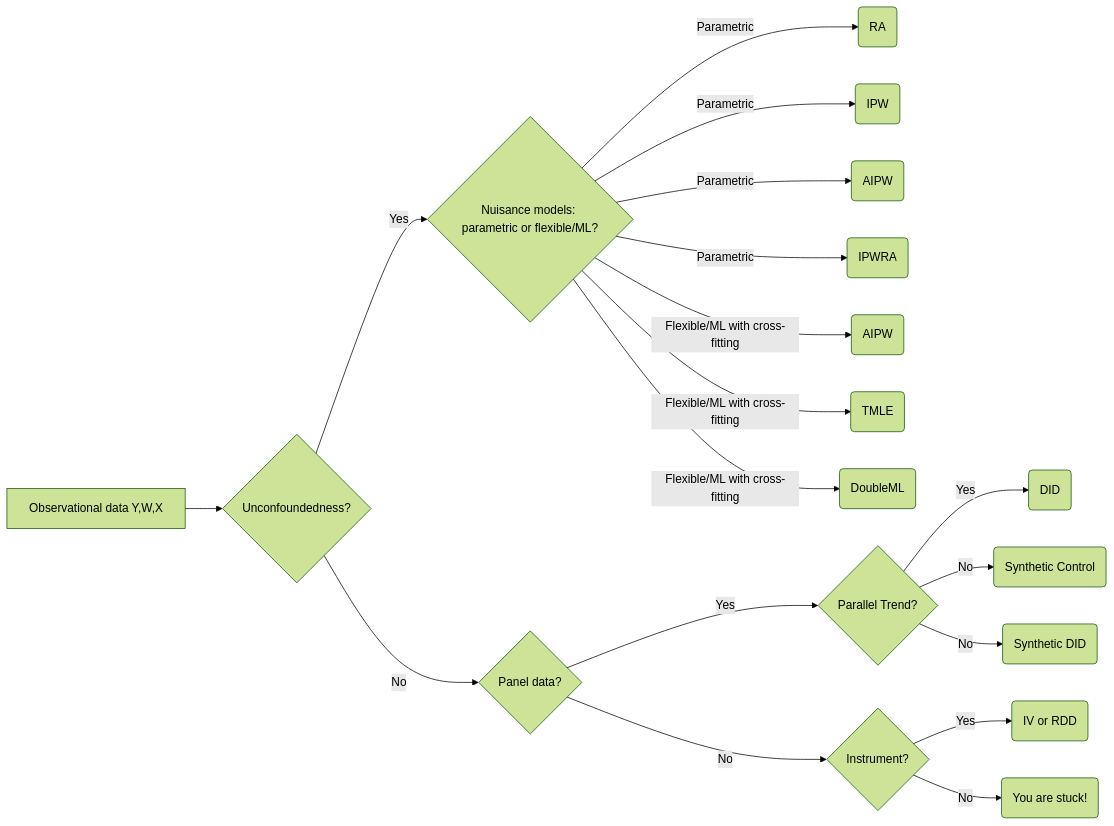
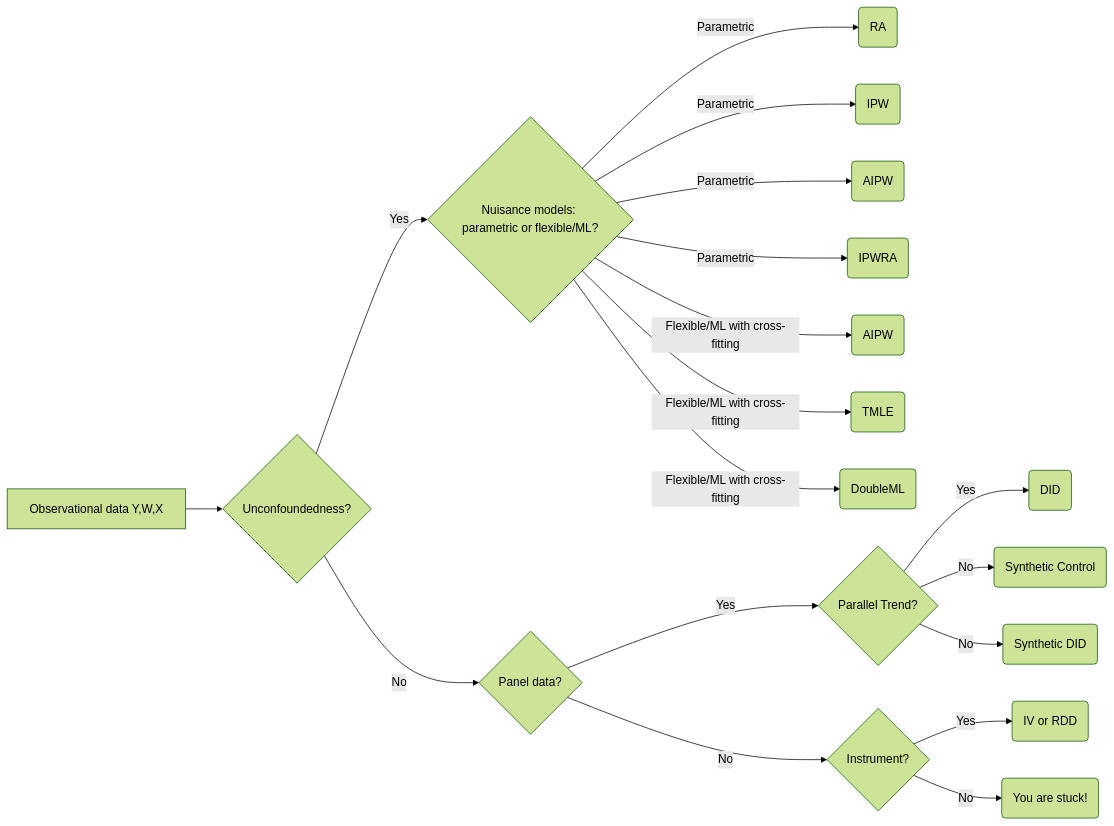
The diagram in identification.qmd (xiangao/causal_econometrics_guide), drawn with Mermaid (forest theme) before and after one commit. The commit also changed other lines of this file and 84 other files, not shown here.

````diff
--- a/identification.qmd
+++ b/identification.qmd
@@ -149,20 +147,22 @@
 ```{mermaid}
+%%| fig-width: 6.5
+%%{init: {'flowchart': {'diagramPadding': 30}}}%%
 flowchart LR
   A[Observational data Y,W,X] --> B{Unconfoundedness?}
   B --> | Yes | C{Nuisance models: parametric or flexible/ML?}
   C --> | Parametric | D(RA)
   C --> | Parametric | E(IPW)
   C --> | Parametric | F(AIPW)
   C --> | Parametric | G(IPWRA)
   C --> | Flexible/ML with cross-fitting | H(AIPW)
   C --> | Flexible/ML with cross-fitting | I(TMLE)
   C --> | Flexible/ML with cross-fitting | J(DoubleML)
   B --> | No | K{Panel data?}
   K --> | Yes | L{Parallel Trend?}
   L --> | Yes | M(DID)
   L --> | No | N(Synthetic Control)
   L --> | No | O(Synthetic DID)
   K --> | No | P{Instrument?}
   P --> | Yes | Q(IV or RDD)
   P --> | No | R(You are stuck!)
 ```
````
